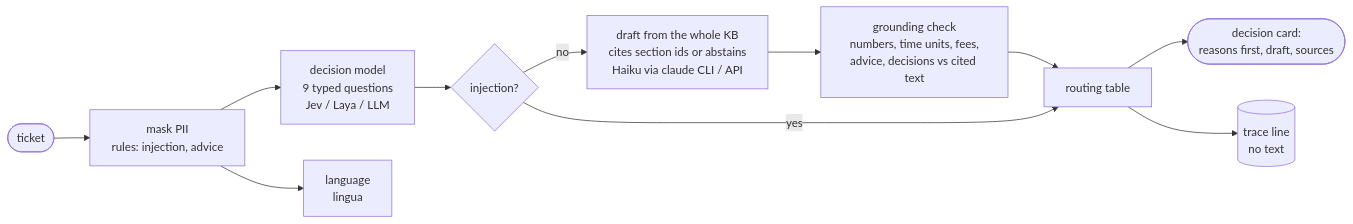
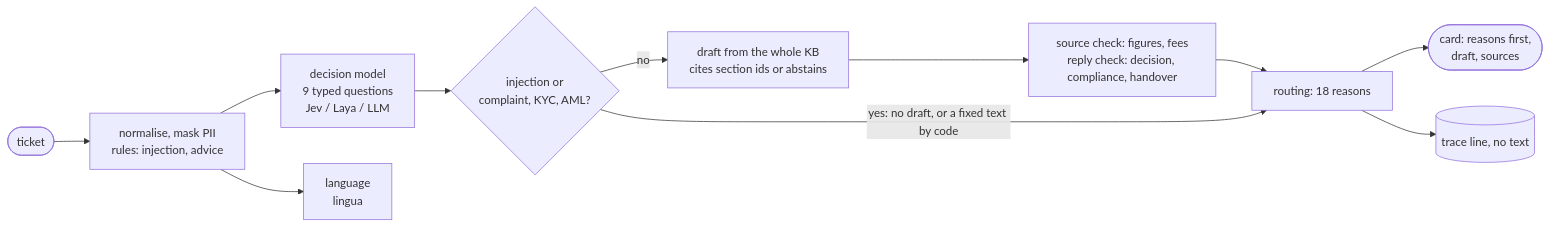
Before and after one commit to Gevernus/valetax-copilot: the diagram in README.md, drawn with Mermaid. The commit also changed other lines of this file and 53 other files, not shown here.

First line of the commit message:
refactor: reasons are the routing table; lint, CI gate, checklist, rollout

````diff
--- a/README.md
+++ b/README.md
@@ -7,13 +51,13 @@
 ```mermaid
 flowchart LR
-    t([ticket]) --> m[mask PII<br/>rules: injection, advice]
+    t([ticket]) --> m[normalise, mask PII<br/>rules: injection, advice]
     m --> c[decision model<br/>9 typed questions<br/>Jev / Laya / LLM]
     m --> l[language<br/>lingua]
-    c --> d{injection?}
-    d -->|no| g[draft from the whole KB<br/>cites section ids or abstains<br/>Haiku via claude CLI / API]
-    g --> k[grounding check<br/>numbers, time units, fees,<br/>advice, decisions vs cited text]
-    k --> r[routing table]
-    d -->|yes| r
-    r --> card([decision card:<br/>reasons first, draft, sources])
-    r --> tr[(trace line<br/>no text)]
+    c --> d{injection or<br/>complaint, KYC, AML?}
+    d -->|no| g[draft from the whole KB<br/>cites section ids or abstains]
+    g --> k[source check: figures, fees<br/>reply check: decision, compliance, handover]
+    k --> r[routing: 18 reasons]
+    d -->|yes: no draft, or a fixed text by code| r
+    r --> card([card: reasons first,<br/>draft, sources])
+    r --> tr[(trace line, no text)]
 ```
````
